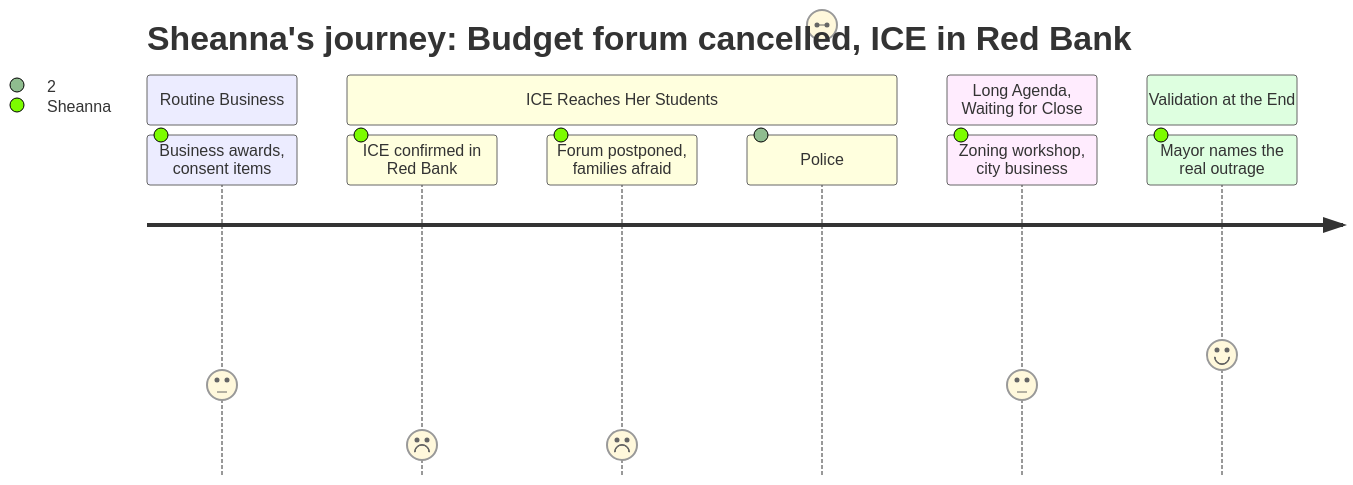
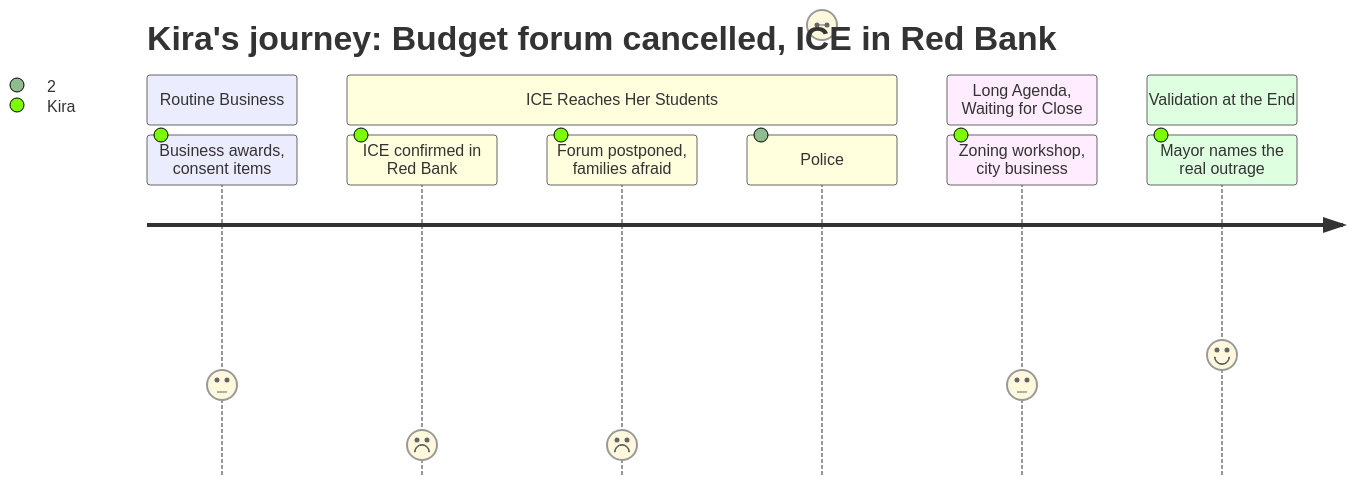
Before and after one commit to cristoslc/2026-south-portland-school-budget: the diagram in data/interpretation/meetings/2026-01-20-city-council/PERSONA-015.md, drawn with Mermaid. The commit also changed other lines of this file and 45 other files, not shown here.

````diff
--- a/data/interpretation/meetings/2026-01-20-city-council/PERSONA-015.md
+++ b/data/interpretation/meetings/2026-01-20-city-council/PERSONA-015.md
@@ -70,14 +70,14 @@
 ```mermaid
 journey
-    title Sheanna's journey: Budget forum cancelled, ICE in Red Bank
+    title Kira's journey: Budget forum cancelled, ICE in Red Bank
     section Routine Business
-        Business awards, consent items: 3: Sheanna
+        Business awards, consent items: 3: Kira
     section ICE Reaches Her Students
-        ICE confirmed in Red Bank: 1: Sheanna
-        Forum postponed, families afraid: 1: Sheanna
-        Police: won't block lawful ICE: 2: Sheanna
+        ICE confirmed in Red Bank: 1: Kira
+        Forum postponed, families afraid: 1: Kira
+        Police: won't block lawful ICE: 2: Kira
     section Long Agenda, Waiting for Close
-        Zoning workshop, city business: 3: Sheanna
+        Zoning workshop, city business: 3: Kira
     section Validation at the End
-        Mayor names the real outrage: 4: Sheanna
+        Mayor names the real outrage: 4: Kira
 ```
````
